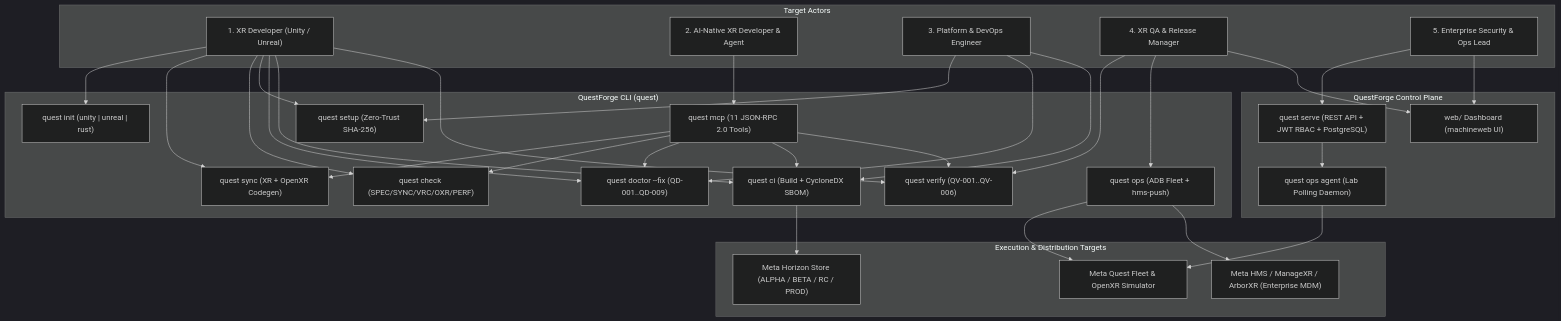
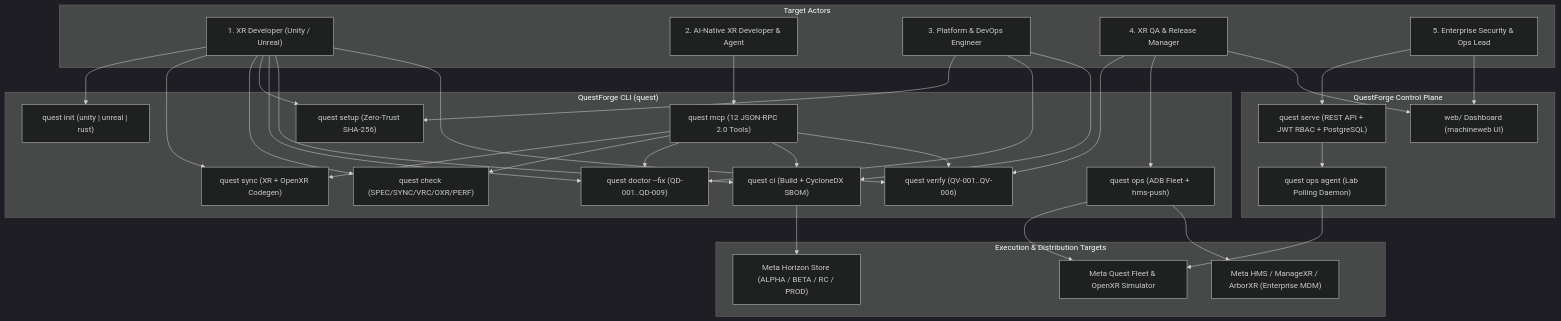
The first of 10 diagrams in docs/3-design/developer_workflow.md (sweengineeringlabs/questforge), drawn with Mermaid (dark theme) before and after one commit. The commit also changed other lines of this file and 5 other files, not shown here.

Commit message:
feat(mcp): add setup_toolchain and Meta Horizon Store upload_channel/app_id to build_project (12 tools)

````diff
--- a/docs/3-design/developer_workflow.md
+++ b/docs/3-design/developer_workflow.md
@@ -11,65 +11,65 @@
 ```mermaid
 flowchart TD
     subgraph Actors["Target Actors"]
         Dev["1. XR Developer (Unity / Unreal)"]
         AIDev["2. AI-Native XR Developer & Agent"]
         DevOps["3. Platform & DevOps Engineer"]
         QA["4. XR QA & Release Manager"]
         Ent["5. Enterprise Security & Ops Lead"]
     end
 
     subgraph CLI["QuestForge CLI (quest)"]
         Init["quest init (unity | unreal | rust)"]
         Sync["quest sync (XR + OpenXR Codegen)"]
         Check["quest check (SPEC/SYNC/VRC/OXR/PERF)"]
         Setup["quest setup (Zero-Trust SHA-256)"]
         Doctor["quest doctor --fix (QD-001..QD-009)"]
-        MCP["quest mcp (11 JSON-RPC 2.0 Tools)"]
+        MCP["quest mcp (12 JSON-RPC 2.0 Tools)"]
         CI["quest ci (Build + CycloneDX SBOM)"]
         Verify["quest verify (QV-001..QV-006)"]
         Ops["quest ops (ADB Fleet + hms-push)"]
     end
 
     subgraph ControlPlane["QuestForge Control Plane"]
         Serve["quest serve (REST API + JWT RBAC + PostgreSQL)"]
         Web["web/ Dashboard (machineweb UI)"]
         Agent["quest ops agent (Lab Polling Daemon)"]
     end
 
     subgraph Targets["Execution & Distribution Targets"]
         Headsets["Meta Quest Fleet & OpenXR Simulator"]
         Store["Meta Horizon Store (ALPHA / BETA / RC / PROD)"]
         HMS["Meta HMS / ManageXR / ArborXR (Enterprise MDM)"]
     end
 
     Dev --> Init
     Dev --> Sync
     Dev --> Check
     Dev --> Setup
     Dev --> Doctor
     Dev --> CI
     Dev --> Verify
 
     AIDev --> MCP
     MCP --> Sync
     MCP --> Check
     MCP --> Doctor
     MCP --> CI
     MCP --> Verify
 
     DevOps --> Setup
     DevOps --> Doctor
     DevOps --> CI
     CI --> Store
 
     QA --> Verify
     QA --> Ops
     QA --> Web
     Ops --> Headsets
     Ops --> HMS
 
     Ent --> Serve
     Ent --> Web
     Serve --> Agent
     Agent --> Headsets
 ```
````
